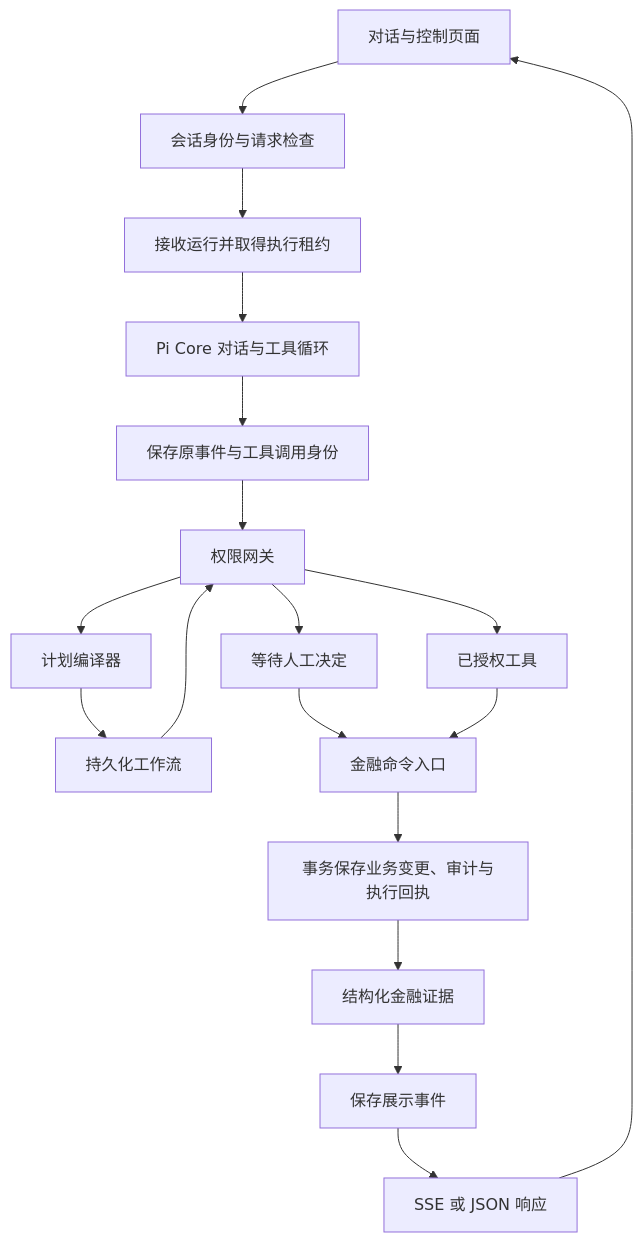
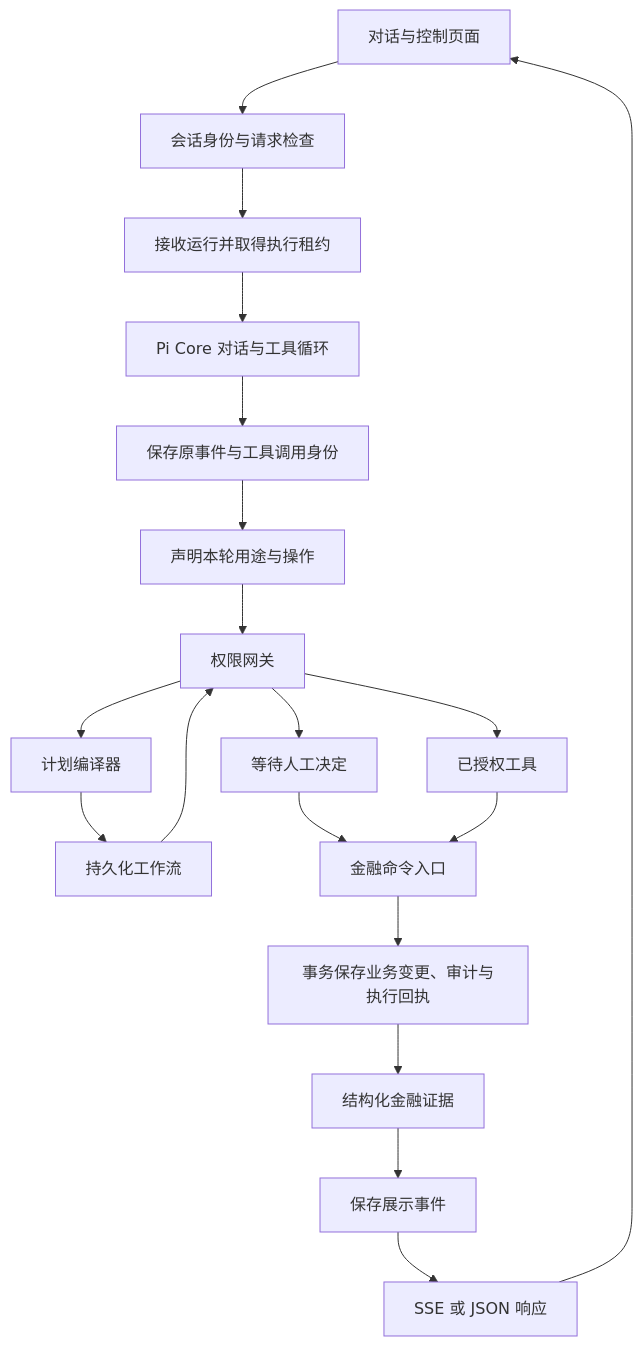
The diagram in docs/cn/architecture.md (Zhenyu2Liang/evox-omni), drawn with Mermaid before and after one commit. The commit also changed other lines of this file and 622 other files, not shown here.

````diff
--- a/docs/cn/architecture.md
+++ b/docs/cn/architecture.md
@@ -13,20 +13,21 @@
 ```mermaid
 flowchart TD
   UI[对话与控制页面] --> HTTP[会话身份与请求检查]
   HTTP --> Admission[接收运行并取得执行租约]
   Admission --> Pi[Pi Core 对话与工具循环]
   Pi --> Journal[保存原事件与工具调用身份]
-  Journal --> Gate[权限网关]
+  Journal --> Intent[声明本轮用途与操作]
+  Intent --> Gate[权限网关]
   Gate --> Direct[已授权工具]
   Gate --> Human[等待人工决定]
   Gate --> Compiler[计划编译器]
   Compiler --> DAG[持久化工作流]
   DAG --> Gate
   Human --> Command[金融命令入口]
   Direct --> Command
   Command --> Tx[事务保存业务变更、审计与执行回执]
   Tx --> Facts[结构化金融证据]
   Facts --> Presentation[保存展示事件]
   Presentation --> Transport[SSE 或 JSON 响应]
   Transport --> UI
 ```
````
